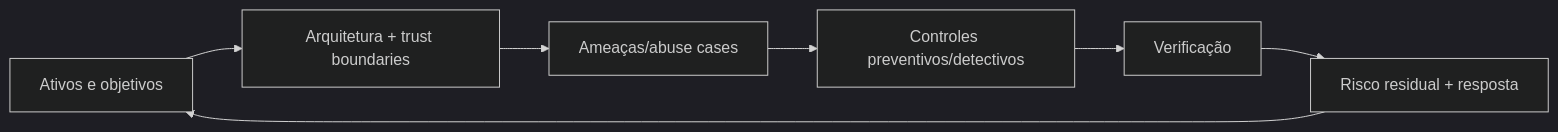
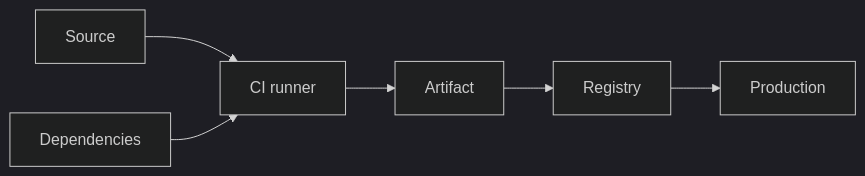
The second of 2 diagrams in security/README.md (blasther12/alexandria), drawn with Mermaid (dark theme) before and after one commit. The commit also changed other lines of this file, not shown here.

````diff
--- a/security/README.md
+++ b/security/README.md
@@ -17,9 +297,8 @@
 ```mermaid
 flowchart LR
-    A[Ativos e objetivos] --> B[Arquitetura + trust boundaries]
-    B --> T[Ameaças/abuse cases]
-    T --> C[Controles preventivos/detectivos]
-    C --> V[Verificação]
-    V --> R[Risco residual + resposta]
-    R --> A
+    SRC[Source] --> CI[CI runner]
+    DEP[Dependencies] --> CI
+    CI --> ART[Artifact]
+    ART --> REG[Registry]
+    REG --> PROD[Production]
 ```
````
